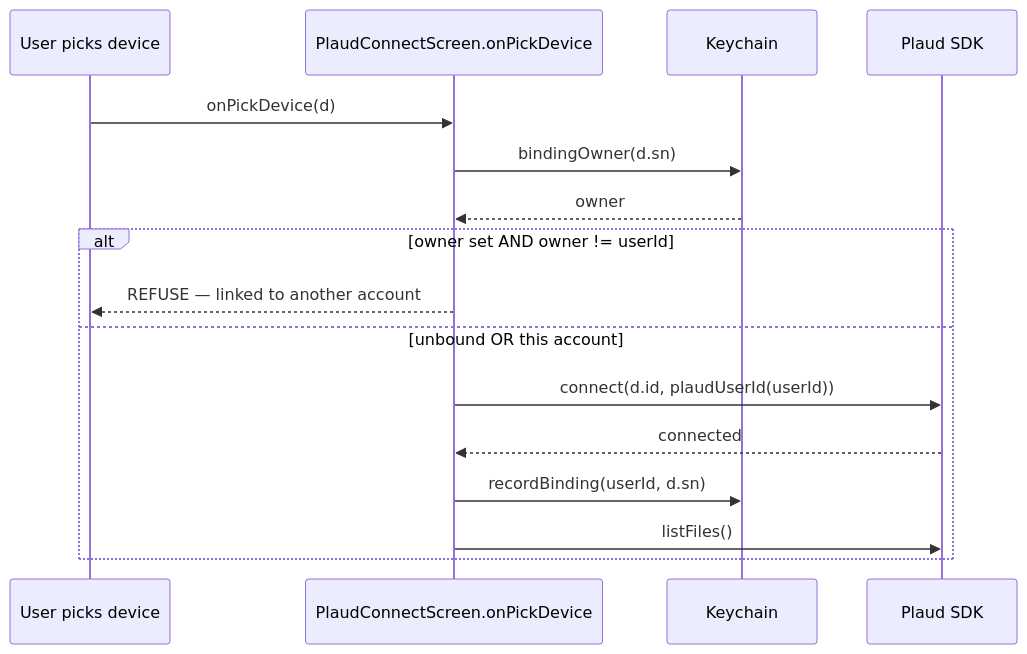
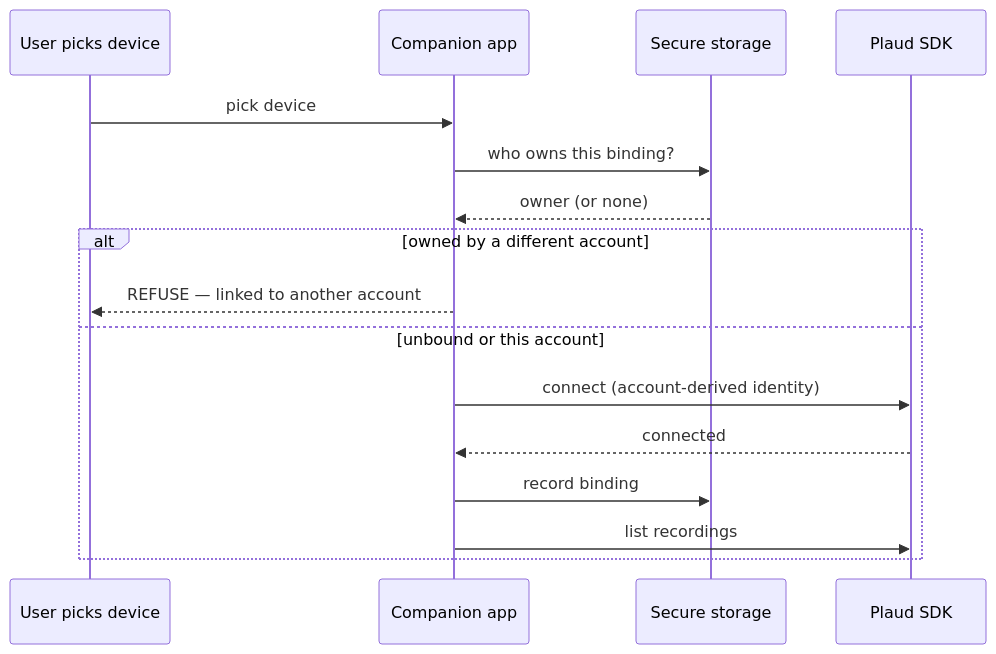
Before and after one commit to Longcao24/sate-companion: the second of 2 diagrams in docs-site/docs/guides/plaud.md, drawn with Mermaid. The commit also changed other lines of this file and 17 other files, not shown here.

First line of the commit message:
docs-site: generalize published docs + add system-overview diagram

````diff
--- a/docs-site/docs/guides/plaud.md
+++ b/docs-site/docs/guides/plaud.md
@@ -254,18 +140,18 @@
 ```mermaid
 sequenceDiagram
   participant U as User picks device
-  participant Scr as PlaudConnectScreen.onPickDevice
-  participant KC as Keychain
+  participant App as Companion app
+  participant KC as Secure storage
   participant SDK as Plaud SDK
-  U->>Scr: onPickDevice(d)
-  Scr->>KC: bindingOwner(d.sn)
-  KC-->>Scr: owner
-  alt owner set AND owner != userId
-    Scr-->>U: REFUSE — linked to another account
-  else unbound OR this account
-    Scr->>SDK: connect(d.id, plaudUserId(userId))
-    SDK-->>Scr: connected
-    Scr->>KC: recordBinding(userId, d.sn)
-    Scr->>SDK: listFiles()
+  U->>App: pick device
+  App->>KC: who owns this binding?
+  KC-->>App: owner (or none)
+  alt owned by a different account
+    App-->>U: REFUSE — linked to another account
+  else unbound or this account
+    App->>SDK: connect (account-derived identity)
+    SDK-->>App: connected
+    App->>KC: record binding
+    App->>SDK: list recordings
   end
 ```
````
